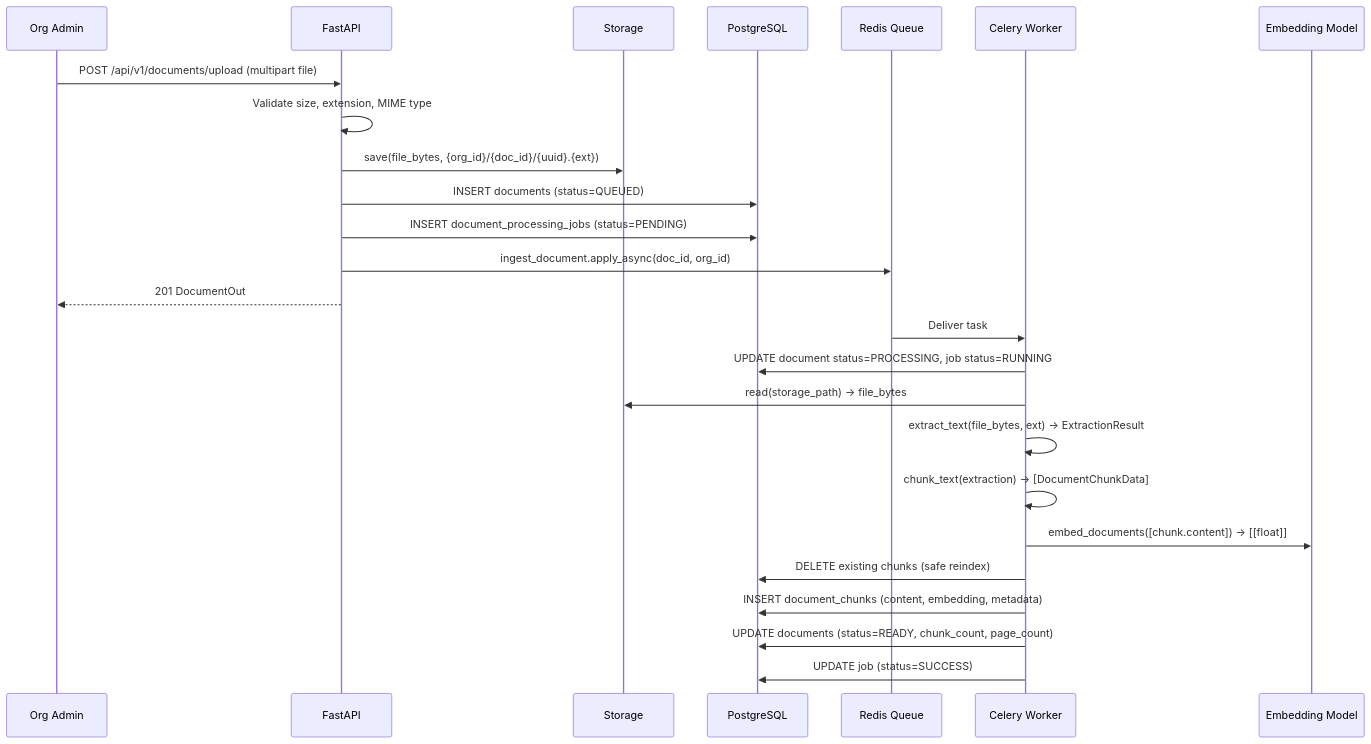
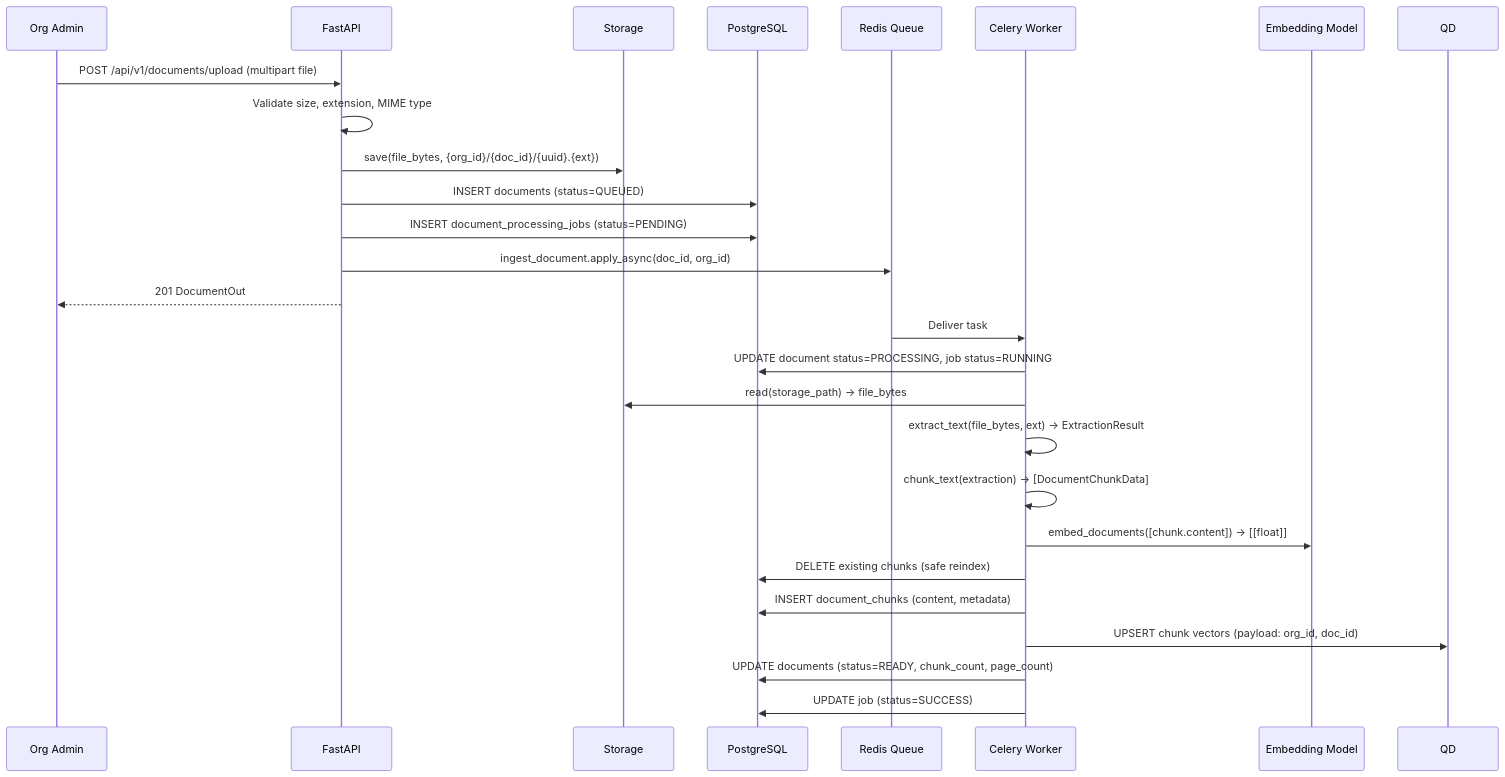
One commit to Abdulhaq6920/FIKRA-AI changed the diagram in docs/architecture/document-ingestion.md. Above: the diagram before and after it, drawn with Mermaid. The commit also changed other lines of this file and 129 other files, not shown here.

````diff
--- a/docs/architecture/document-ingestion.md
+++ b/docs/architecture/document-ingestion.md
@@ -5,29 +5,30 @@
 ```mermaid
 sequenceDiagram
     participant Admin as Org Admin
     participant API as FastAPI
     participant Store as Storage
     participant DB as PostgreSQL
     participant Q as Redis Queue
     participant W as Celery Worker
     participant Embed as Embedding Model
 
     Admin->>API: POST /api/v1/documents/upload (multipart file)
     API->>API: Validate size, extension, MIME type
     API->>Store: save(file_bytes, {org_id}/{doc_id}/{uuid}.{ext})
     API->>DB: INSERT documents (status=QUEUED)
     API->>DB: INSERT document_processing_jobs (status=PENDING)
     API->>Q: ingest_document.apply_async(doc_id, org_id)
     API-->>Admin: 201 DocumentOut
 
     Q->>W: Deliver task
     W->>DB: UPDATE document status=PROCESSING, job status=RUNNING
     W->>Store: read(storage_path) → file_bytes
     W->>W: extract_text(file_bytes, ext) → ExtractionResult
     W->>W: chunk_text(extraction) → [DocumentChunkData]
     W->>Embed: embed_documents([chunk.content]) → [[float]]
     W->>DB: DELETE existing chunks (safe reindex)
-    W->>DB: INSERT document_chunks (content, embedding, metadata)
+    W->>DB: INSERT document_chunks (content, metadata)
+    W->>QD: UPSERT chunk vectors (payload: org_id, doc_id)
     W->>DB: UPDATE documents (status=READY, chunk_count, page_count)
     W->>DB: UPDATE job (status=SUCCESS)
 ```
````
